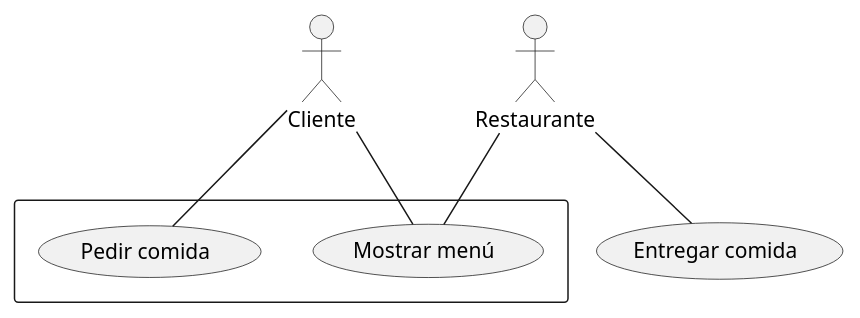
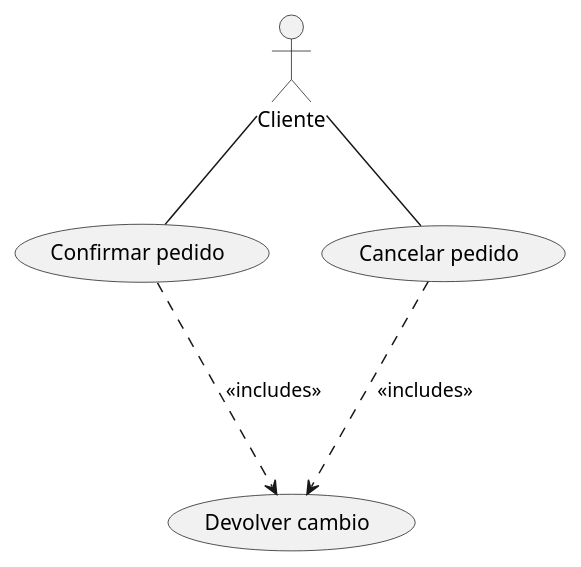
The diagram in Practica1UD12/src/PrimeraPracticaUML.puml (JaimeSoftDev/Practica1UD12UML-Jaime-Macia-Mora), drawn with PlantUML before and after one commit.

Commit message:
Inclusión

```diff
--- a/Practica1UD12/src/PrimeraPracticaUML.puml
+++ b/Practica1UD12/src/PrimeraPracticaUML.puml
@@ -1,13 +1,11 @@
 @startuml
 :Cliente: as actor1
-rectangle {
-usecase "Mostrar menú" as UC1
-usecase "Pedir comida" as UC2
-}
-:Restaurante: as actor2
-(Entregar comida) as UC3
+(Confirmar pedido) as UC1
+(Cancelar pedido) as UC2
+(Devolver cambio) as UC3
+
 actor1--UC1
 actor1--UC2
-actor2--UC1
-actor2--UC3
+UC1 ...> UC3 : <<includes>>
+UC2 ...> UC3 : <<includes>>
 @enduml
```
